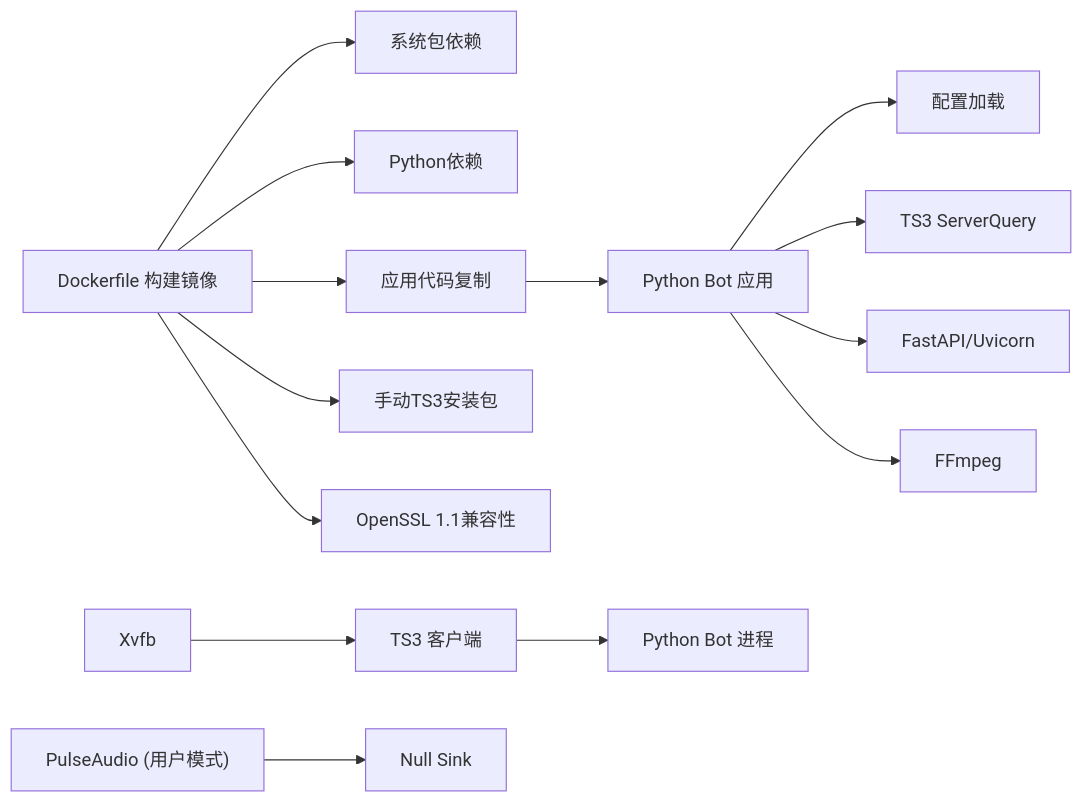
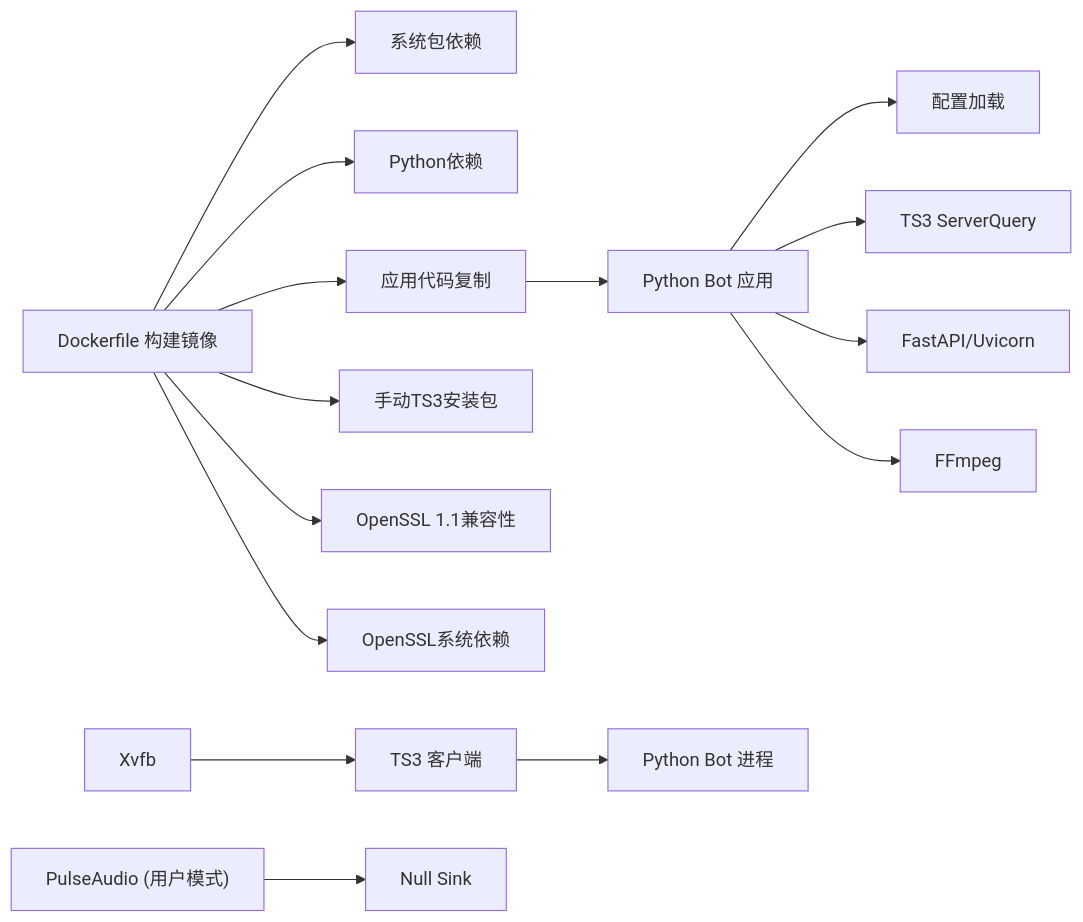
The third of 3 diagrams in .qoder/repowiki/zh/content/部署和运维/Docker容器化部署.md (GhoulOwl/Teamspeak3_Bot), drawn with Mermaid before and after one commit. The commit also changed other lines of this file and 6 other files, not shown here.

````diff
--- a/.qoder/repowiki/zh/content/部署和运维/Docker容器化部署.md
+++ b/.qoder/repowiki/zh/content/部署和运维/Docker容器化部署.md
@@ -269,16 +273,17 @@
 ```mermaid
 graph LR
 Dockerfile["Dockerfile 构建镜像"] --> SysPkgs["系统包依赖"]
 Dockerfile --> PyDeps["Python依赖"]
 Dockerfile --> AppCopy["应用代码复制"]
 Dockerfile --> TS3Manual["手动TS3安装包"]
 Dockerfile --> OpenSSLCompat["OpenSSL 1.1兼容性"]
+Dockerfile --> OpenSSLDep["OpenSSL系统依赖"]
 AppCopy --> Bot["Python Bot 应用"]
 Bot --> Config["配置加载"]
 Bot --> TS3["TS3 ServerQuery"]
 Bot --> Webhook["FastAPI/Uvicorn"]
 Bot --> FFmpeg["FFmpeg"]
 Xvfb["Xvfb"] --> TS3Client["TS3 客户端"]
 Pulse["PulseAudio (用户模式)"] --> NullSink["Null Sink"]
 TS3Client --> BotProc["Python Bot 进程"]
 ```
````
